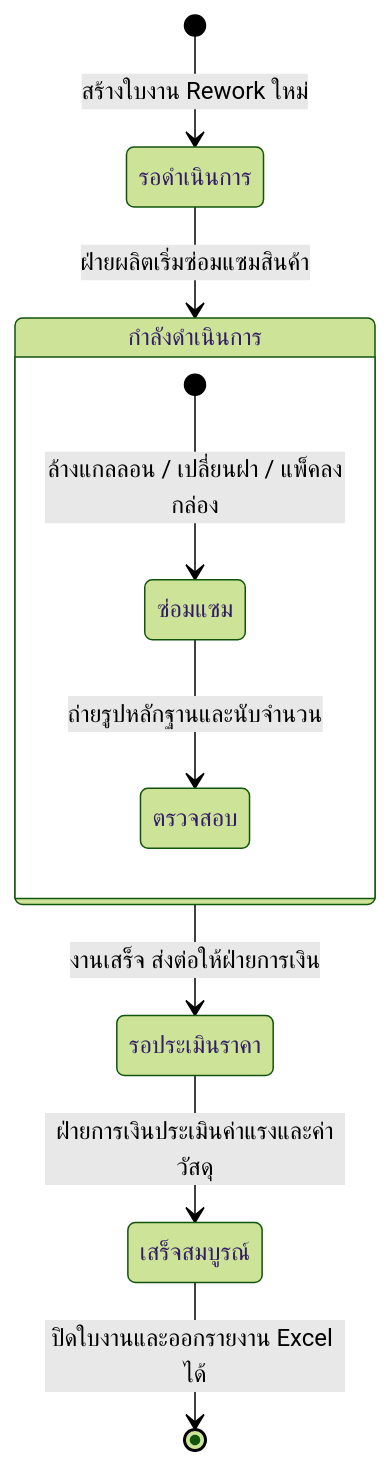
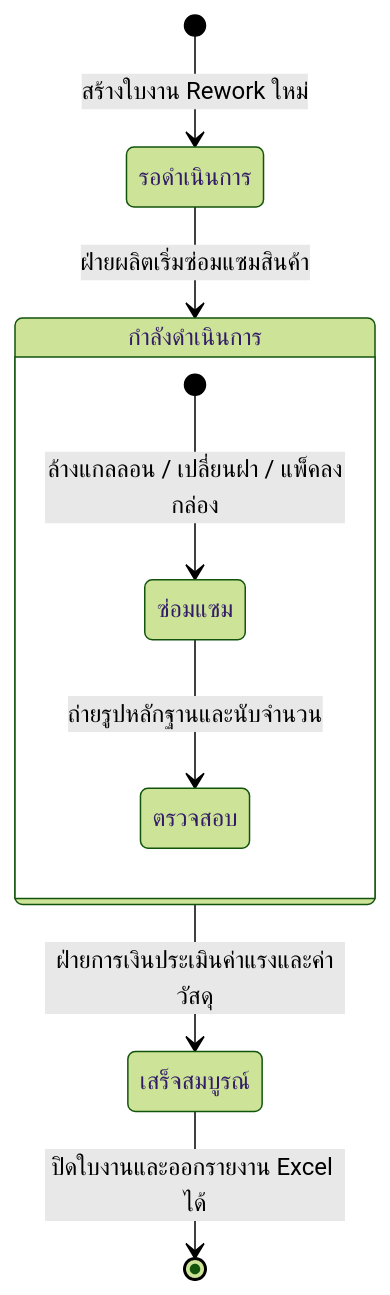
The fourth of 7 diagrams in system_flow_diagrams.md (yean30102546-rgb/QSMS_project), drawn with Mermaid (forest theme) before and after one commit. The commit also changed 135 other files, not shown here.

````diff
--- a/system_flow_diagrams.md
+++ b/system_flow_diagrams.md
@@ -85,17 +85,15 @@
 ```mermaid
 stateDiagram-v2
     [*] --> รอดำเนินการ : สร้างใบงาน Rework ใหม่
     
     รอดำเนินการ --> กำลังดำเนินการ : ฝ่ายผลิตเริ่มซ่อมแซมสินค้า
     
     state กำลังดำเนินการ {
         [*] --> ซ่อมแซม : ล้างแกลลอน / เปลี่ยนฝา / แพ็คลงกล่อง
         ซ่อมแซม --> ตรวจสอบ : ถ่ายรูปหลักฐานและนับจำนวน
     }
     
-    กำลังดำเนินการ --> รอประเมินราคา : งานเสร็จ ส่งต่อให้ฝ่ายการเงิน
-    
-    รอประเมินราคา --> เสร็จสมบูรณ์ : ฝ่ายการเงินประเมินค่าแรงและค่าวัสดุ
+    กำลังดำเนินการ --> เสร็จสมบูรณ์ : ฝ่ายการเงินประเมินค่าแรงและค่าวัสดุ
     
     เสร็จสมบูรณ์ --> [*] : ปิดใบงานและออกรายงาน Excel ได้
 ```
````
